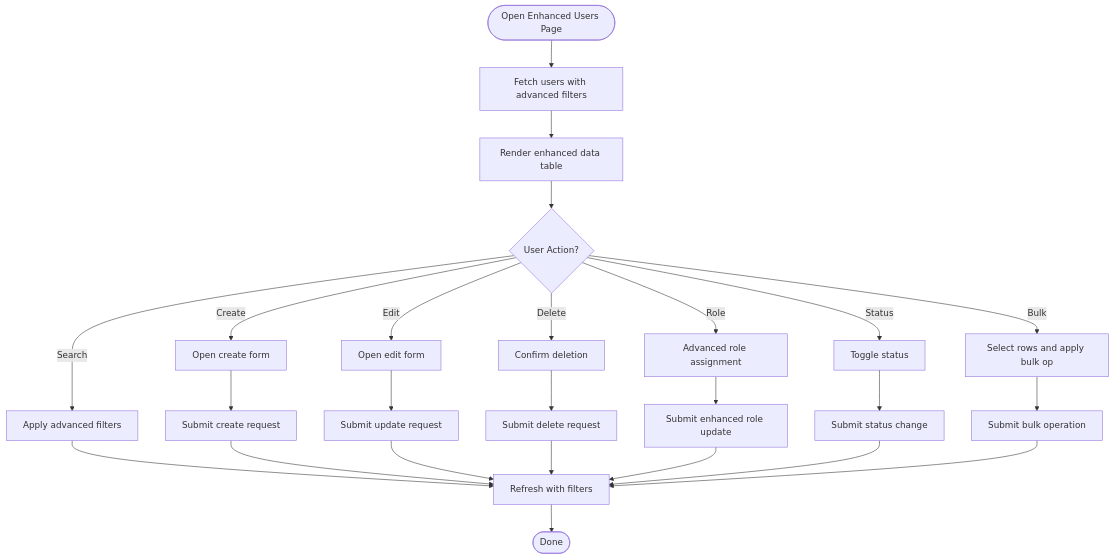
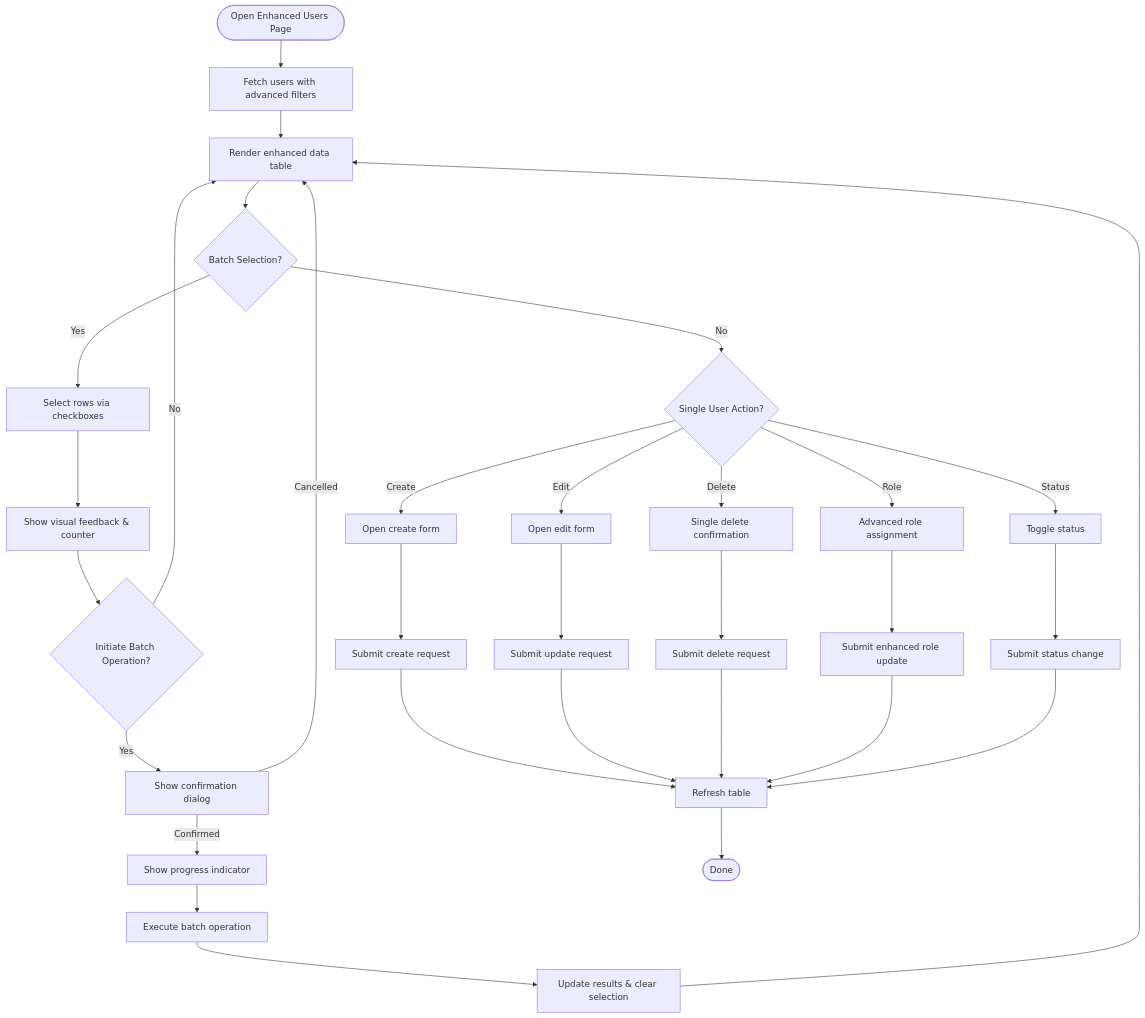
Before and after one commit to 14Lucifer/hackathon_ecs_creator: the third of 8 diagrams in .qoder/repowiki/en/content/Frontend Development/Page Components & Routing/User Management Interface.md, drawn with Mermaid. The commit also changed other lines of this file and 96 other files, not shown here.

````diff
--- a/.qoder/repowiki/en/content/Frontend Development/Page Components & Routing/User Management Interface.md
+++ b/.qoder/repowiki/en/content/Frontend Development/Page Components & Routing/User Management Interface.md
@@ -194,27 +203,33 @@
 ```mermaid
 flowchart TD
 Start(["Open Enhanced Users Page"]) --> LoadList["Fetch users with advanced filters"]
 LoadList --> RenderTable["Render enhanced data table"]
-RenderTable --> UserAction{"User Action?"}
+RenderTable --> BatchSel{"Batch Selection?"}
+BatchSel --> |Yes| SelectRows["Select rows via checkboxes"]
+BatchSel --> |No| UserAction{"Single User Action?"}
+SelectRows --> VisualFeedback["Show visual feedback & counter"]
+VisualFeedback --> BatchOps{"Initiate Batch Operation?"}
+BatchOps --> |Yes| ConfirmDialog["Show confirmation dialog"]
+BatchOps --> |No| RenderTable
+ConfirmDialog --> |Confirmed| ProgressIndicator["Show progress indicator"]
+ConfirmDialog --> |Cancelled| RenderTable
+ProgressIndicator --> ExecuteBatch["Execute batch operation"]
+ExecuteBatch --> UpdateResults["Update results & clear selection"]
+UpdateResults --> RenderTable
 UserAction --> |Create| NewForm["Open create form"]
 UserAction --> |Edit| EditForm["Open edit form"]
-UserAction --> |Delete| ConfirmDel["Confirm deletion"]
+UserAction --> |Delete| SingleDel["Single delete confirmation"]
 UserAction --> |Role| RoleAssign["Advanced role assignment"]
 UserAction --> |Status| StatusToggle["Toggle status"]
-UserAction --> |Bulk| BulkOps["Select rows and apply bulk op"]
-UserAction --> |Search| SearchFilter["Apply advanced filters"]
 NewForm --> SubmitCreate["Submit create request"]
 EditForm --> SubmitUpdate["Submit update request"]
-ConfirmDel --> SubmitDelete["Submit delete request"]
+SingleDel --> SubmitDelete["Submit delete request"]
 RoleAssign --> SubmitRole["Submit enhanced role update"]
 StatusToggle --> SubmitStatus["Submit status change"]
-BulkOps --> SubmitBulk["Submit bulk operation"]
-SearchFilter --> Refresh["Refresh with filters"]
-SubmitCreate --> Refresh
+SubmitCreate --> Refresh["Refresh table"]
 SubmitUpdate --> Refresh
 SubmitDelete --> Refresh
 SubmitRole --> Refresh
 SubmitStatus --> Refresh
-SubmitBulk --> Refresh
 Refresh --> End(["Done"])
 ```
````
